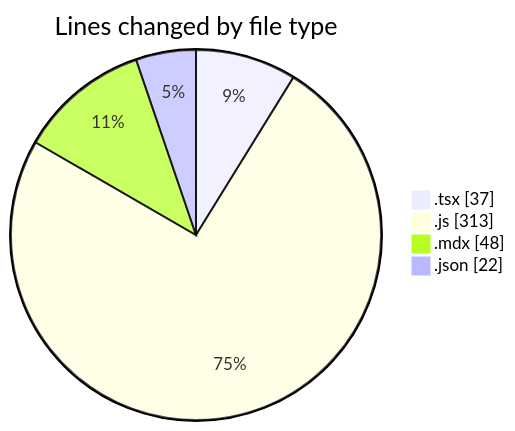
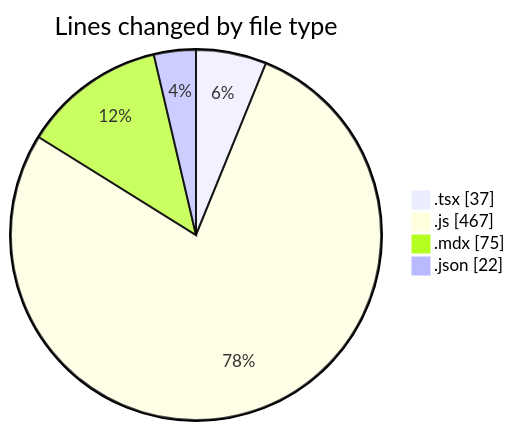
Before and after one commit to Elitesun/code-tracking: the first of 2 diagrams in 2025-05-11/elitesun/README.md, drawn with Mermaid. The commit also changed other lines of this file and 1 other file, not shown here.

````diff
--- a/2025-05-11/elitesun/README.md
+++ b/2025-05-11/elitesun/README.md
@@ -23,8 +24,8 @@
 ```mermaid
 pie showData
 title Lines changed by file type
 ".tsx" : 37
-".js" : 313
-".mdx" : 48
+".js" : 467
+".mdx" : 75
 ".json" : 22
 ```
````
